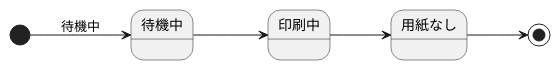
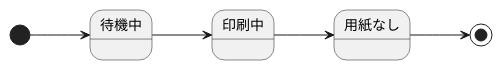
One commit to kuboi0627/unl-introduction changed the diagram in 演習6-1_SD_プリンタ.pu. Above: the diagram before and after it, drawn with PlantUML. The commit also changed 1 other file, not shown here.

```diff
--- a/演習6-1_SD_プリンタ.pu
+++ b/演習6-1_SD_プリンタ.pu
@@ -1,7 +1,7 @@
 @startuml プリンタ
 left to right direction
-[*] --> 待機中: 待機中
-待機中 --> 印刷中: 　
+[*] --> 待機中
+待機中 --> 印刷中
 印刷中 --> 用紙なし
 用紙なし -->[*]
 @enduml
```
